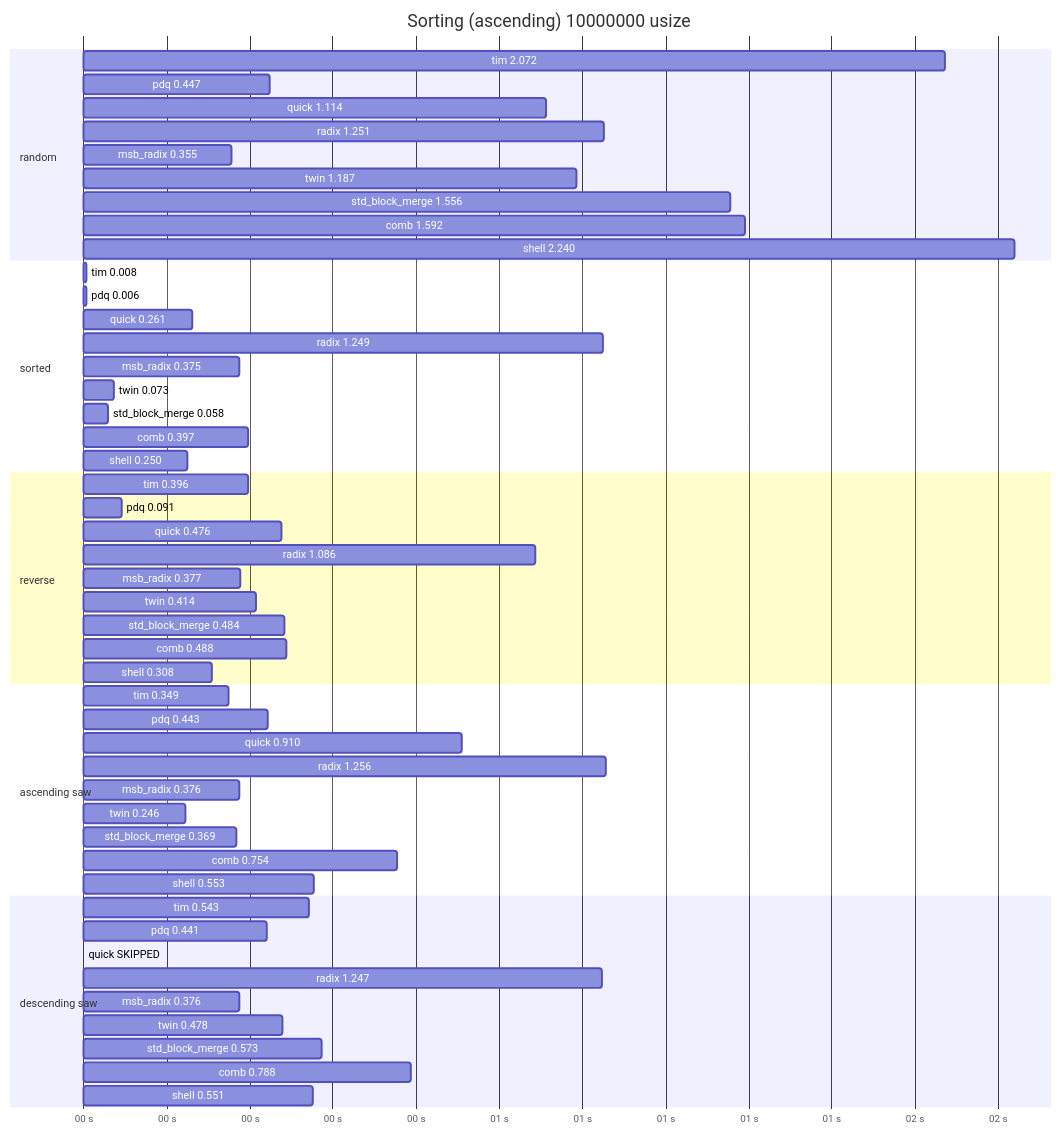
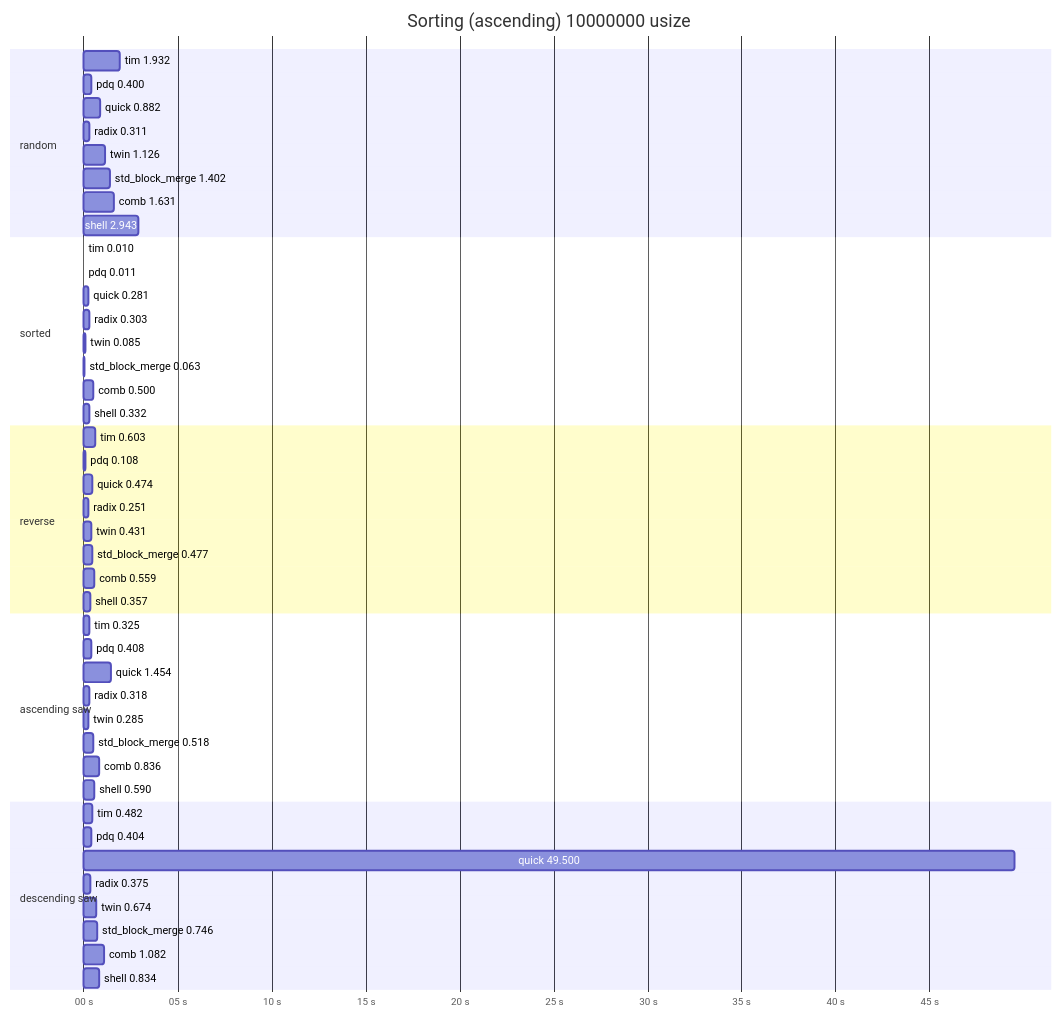
One commit to alichraghi/zort changed the first of 2 diagrams in README.md. Above: the diagram before and after it, drawn with Mermaid. The commit also changed other lines of this file and 1 other file, not shown here.

````diff
--- a/README.md
+++ b/README.md
@@ -158,56 +42,51 @@
 ```mermaid
 gantt
     title Sorting (ascending) 10000000 usize
     dateFormat x
     axisFormat %S s
     section random
-    tim 2.072: 0,2073
-    pdq 0.447: 0,447
-    quick 1.114: 0,1114
-    radix 1.251: 0,1251
-    msb_radix 0.355: 0,355
-    twin 1.187: 0,1187
-    std_block_merge 1.556: 0,1556
-    comb 1.592: 0,1592
-    shell 2.240: 0,2240
+    tim 1.932: 0,1932
+    pdq 0.400: 0,400
+    quick 0.882: 0,882
+    radix 0.311: 0,311
+    twin 1.126: 0,1126
+    std_block_merge 1.402: 0,1402
+    comb 1.631: 0,1631
+    shell 2.943: 0,2944
     section sorted
-    tim 0.008: 0,8
-    pdq 0.006: 0,6
-    quick 0.261: 0,261
-    radix 1.249: 0,1249
-    msb_radix 0.375: 0,375
-    twin 0.073: 0,73
-    std_block_merge 0.058: 0,58
-    comb 0.397: 0,397
-    shell 0.250: 0,250
+    tim 0.010: 0,10
+    pdq 0.011: 0,11
+    quick 0.281: 0,281
+    radix 0.303: 0,303
+    twin 0.085: 0,85
+    std_block_merge 0.063: 0,63
+    comb 0.500: 0,500
+    shell 0.332: 0,332
     section reverse
-    tim 0.396: 0,396
-    pdq 0.091: 0,91
-    quick 0.476: 0,476
-    radix 1.086: 0,1086
-    msb_radix 0.377: 0,377
-    twin 0.414: 0,414
-    std_block_merge 0.484: 0,484
-    comb 0.488: 0,488
-    shell 0.308: 0,308
+    tim 0.603: 0,603
+    pdq 0.108: 0,108
+    quick 0.474: 0,474
+    radix 0.251: 0,251
+    twin 0.431: 0,431
+    std_block_merge 0.477: 0,477
+    comb 0.559: 0,559
+    shell 0.357: 0,357
     section ascending saw
-    tim 0.349: 0,349
-    pdq 0.443: 0,443
-    quick 0.910: 0,910
-    radix 1.256: 0,1256
-    msb_radix 0.376: 0,376
-    twin 0.246: 0,246
-    std_block_merge 0.369: 0,369
-    comb 0.754: 0,754
-    shell 0.553: 0,553
+    tim 0.325: 0,325
+    pdq 0.408: 0,408
+    quick 1.454: 0,1454
+    radix 0.318: 0,318
+    twin 0.285: 0,285
+    std_block_merge 0.518: 0,518
+    comb 0.836: 0,836
+    shell 0.590: 0,590
     section descending saw
-    tim 0.543: 0,543
-    pdq 0.441: 0,441
-    quick SKIPPED: 0
-    radix 1.247: 0,1247
-    msb_radix 0.376: 0,376
-    twin 0.478: 0,478
-    std_block_merge 0.573: 0,573
-    comb 0.788: 0,788
-    shell 0.551: 0,551
+    tim 0.482: 0,482
+    pdq 0.404: 0,404
+    quick 49.500: 0,49519
+    radix 0.375: 0,375
+    twin 0.674: 0,674
+    std_block_merge 0.746: 0,746
+    comb 1.082: 0,1082
+    shell 0.834: 0,834
 ```
````
